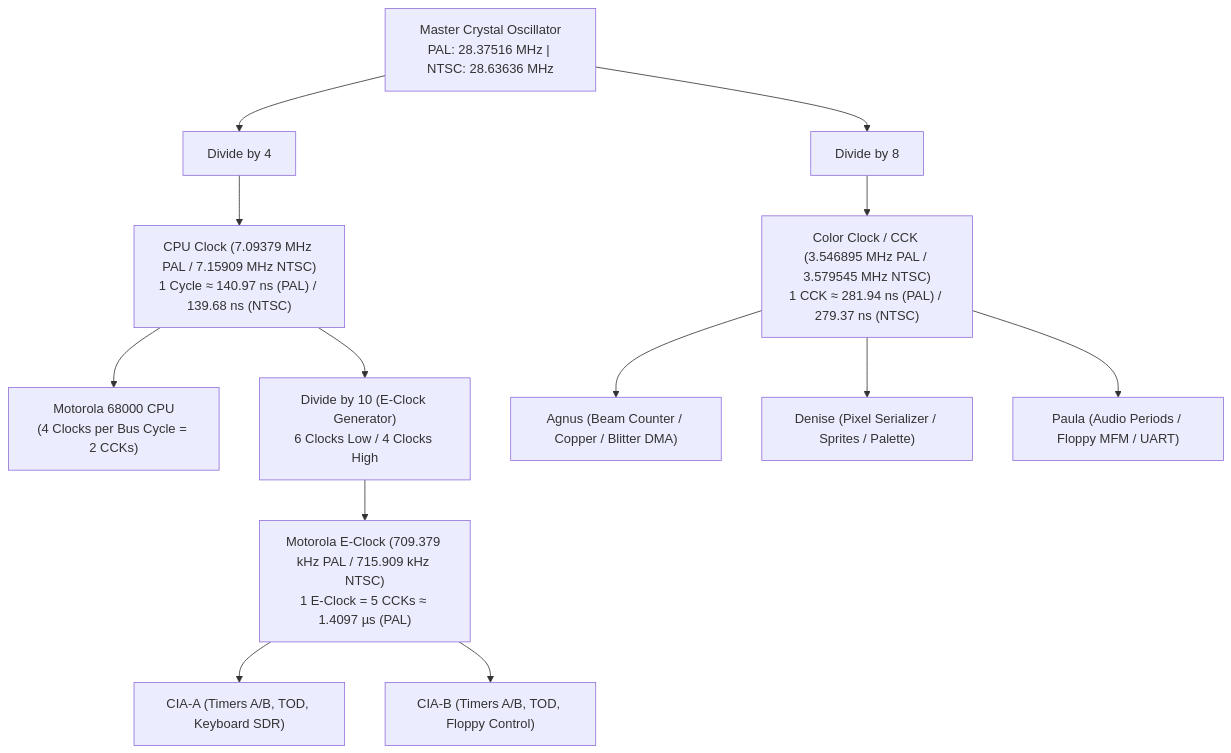
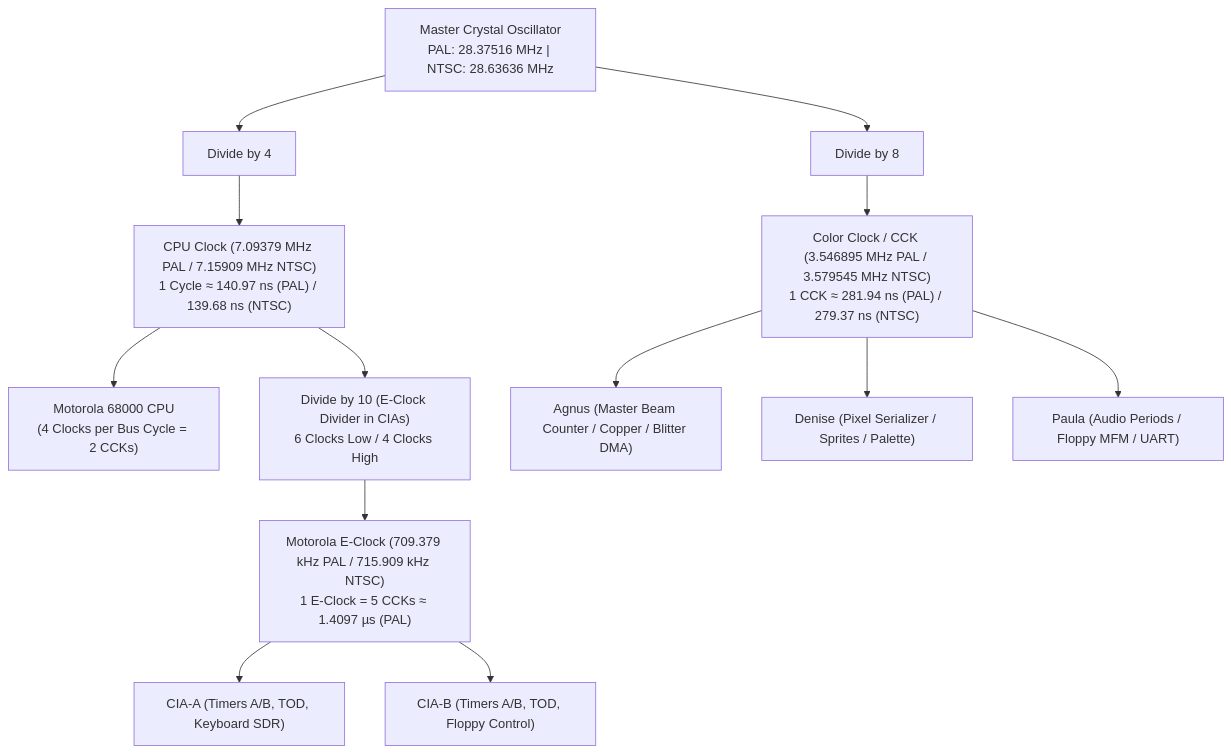
The diagram in Obsidian/Amiga/Design/CycleCounter.md (tomek-anuszkiewicz/amiga-studio), drawn with Mermaid before and after one commit. The commit also changed other lines of this file and 4 other files, not shown here.

Commit message:
docs: detail 2-phase bus interleaving, simplify CycleCounter, and architect differential save states

````diff
--- a/Obsidian/Amiga/Design/CycleCounter.md
+++ b/Obsidian/Amiga/Design/CycleCounter.md
@@ -14,18 +15,18 @@
 ```mermaid
 flowchart TD
     XTAL["Master Crystal Oscillator\nPAL: 28.37516 MHz | NTSC: 28.63636 MHz"] --> DIV4["Divide by 4"]
     XTAL --> DIV8["Divide by 8"]
     
     DIV4 --> CPU_CLK["CPU Clock (7.09379 MHz PAL / 7.15909 MHz NTSC)\n1 Cycle ≈ 140.97 ns (PAL) / 139.68 ns (NTSC)"]
     DIV8 --> CCK["Color Clock / CCK (3.546895 MHz PAL / 3.579545 MHz NTSC)\n1 CCK ≈ 281.94 ns (PAL) / 279.37 ns (NTSC)"]
     
     CPU_CLK --> CPU["Motorola 68000 CPU\n(4 Clocks per Bus Cycle = 2 CCKs)"]
-    CCK --> AGNUS["Agnus (Beam Counter / Copper / Blitter DMA)"]
+    CCK --> AGNUS["Agnus (Master Beam Counter / Copper / Blitter DMA)"]
     CCK --> DENISE["Denise (Pixel Serializer / Sprites / Palette)"]
     CCK --> PAULA["Paula (Audio Periods / Floppy MFM / UART)"]
     
-    CPU_CLK --> DIV10["Divide by 10 (E-Clock Generator)\n6 Clocks Low / 4 Clocks High"]
+    CPU_CLK --> DIV10["Divide by 10 (E-Clock Divider in CIAs)\n6 Clocks Low / 4 Clocks High"]
     DIV10 --> ECLK["Motorola E-Clock (709.379 kHz PAL / 715.909 kHz NTSC)\n1 E-Clock = 5 CCKs ≈ 1.4097 µs (PAL)"]
     ECLK --> CIAA["CIA-A (Timers A/B, TOD, Keyboard SDR)"]
     ECLK --> CIAB["CIA-B (Timers A/B, TOD, Floppy Control)"]
 ```
````
